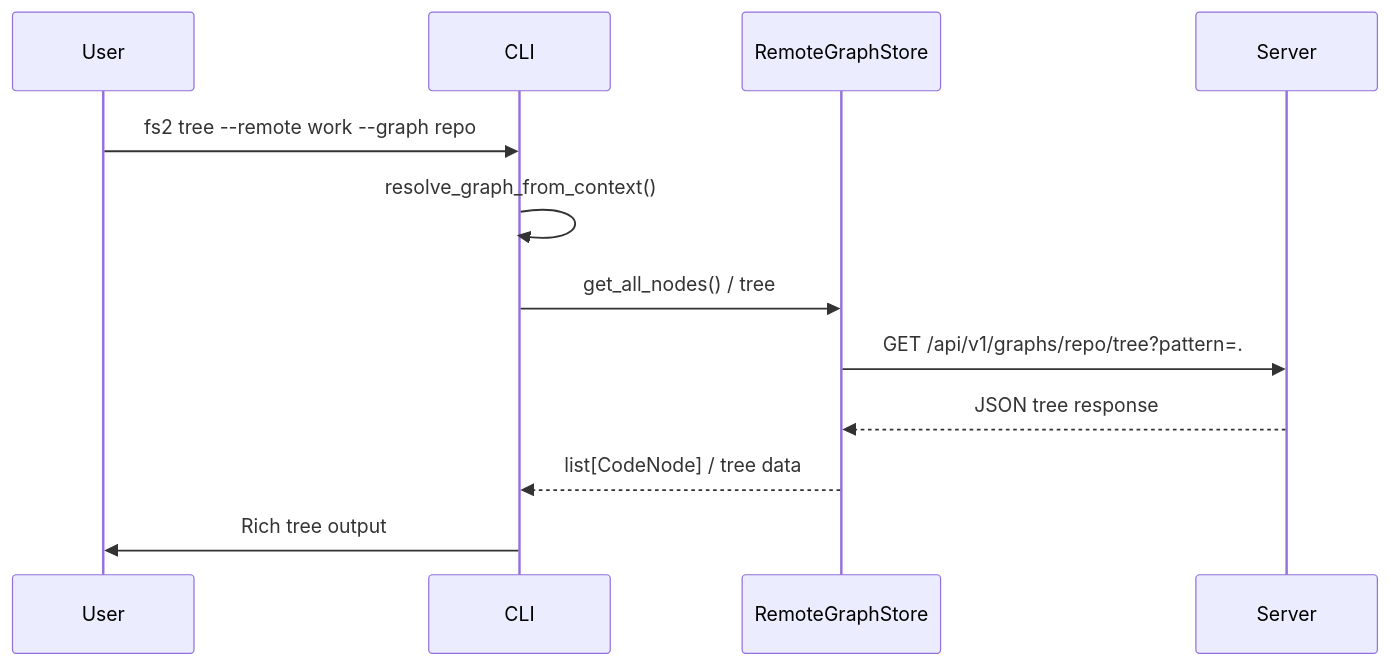
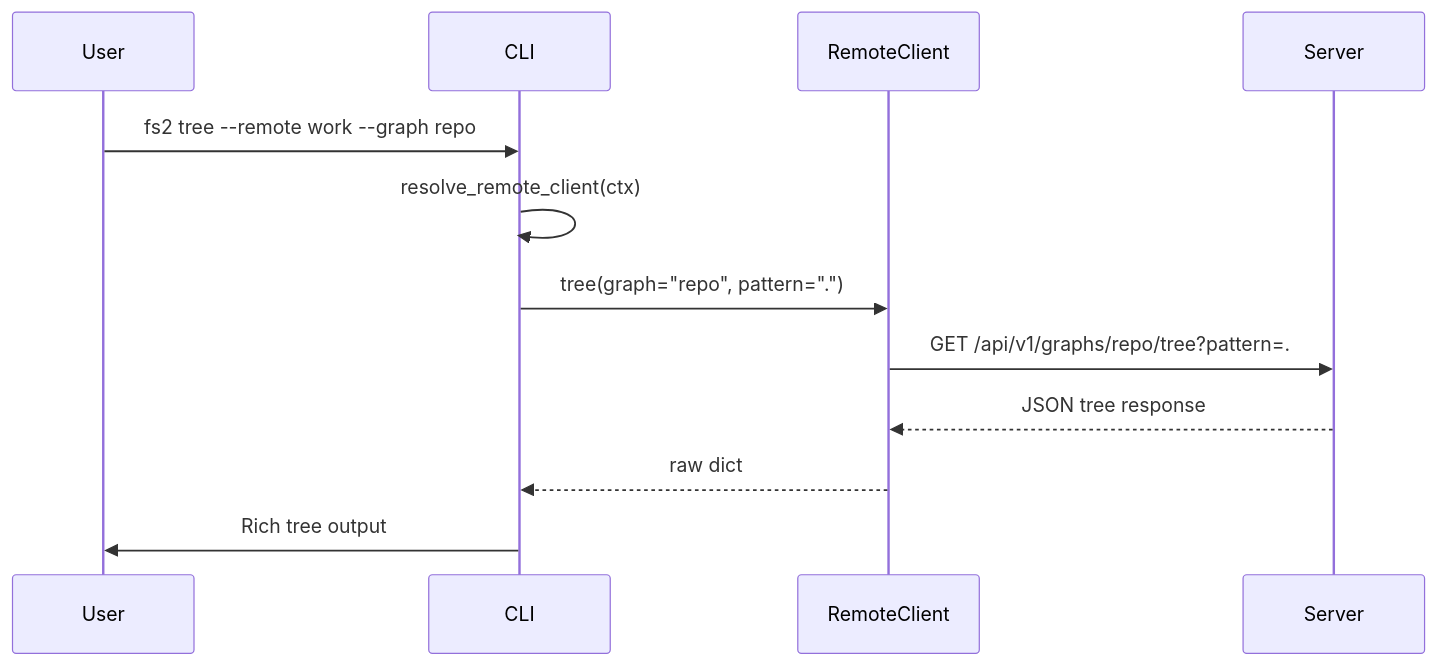
One commit to AI-Substrate/flow_squared changed the third of 3 diagrams in docs/plans/028-server-mode/tasks/phase-5-remote-cli-mcp-bridge/tasks.md. Above: the diagram before and after it, drawn with Mermaid. The commit also changed other lines of this file and 11 other files, not shown here.

First line of the commit message:
Phase 5: Remote CLI + MCP Bridge — core implementation

````diff
--- a/docs/plans/028-server-mode/tasks/phase-5-remote-cli-mcp-bridge/tasks.md
+++ b/docs/plans/028-server-mode/tasks/phase-5-remote-cli-mcp-bridge/tasks.md
@@ -234,15 +230,15 @@
 ```mermaid
 sequenceDiagram
     participant User
     participant CLI
-    participant RemoteGraphStore
+    participant RemoteClient
     participant Server
 
     User->>CLI: fs2 tree --remote work --graph repo
-    CLI->>CLI: resolve_graph_from_context()
-    CLI->>RemoteGraphStore: get_all_nodes() / tree
-    RemoteGraphStore->>Server: GET /api/v1/graphs/repo/tree?pattern=.
-    Server-->>RemoteGraphStore: JSON tree response
-    RemoteGraphStore-->>CLI: list[CodeNode] / tree data
+    CLI->>CLI: resolve_remote_client(ctx)
+    CLI->>RemoteClient: tree(graph="repo", pattern=".")
+    RemoteClient->>Server: GET /api/v1/graphs/repo/tree?pattern=.
+    Server-->>RemoteClient: JSON tree response
+    RemoteClient-->>CLI: raw dict
     CLI->>User: Rich tree output
 ```
````
